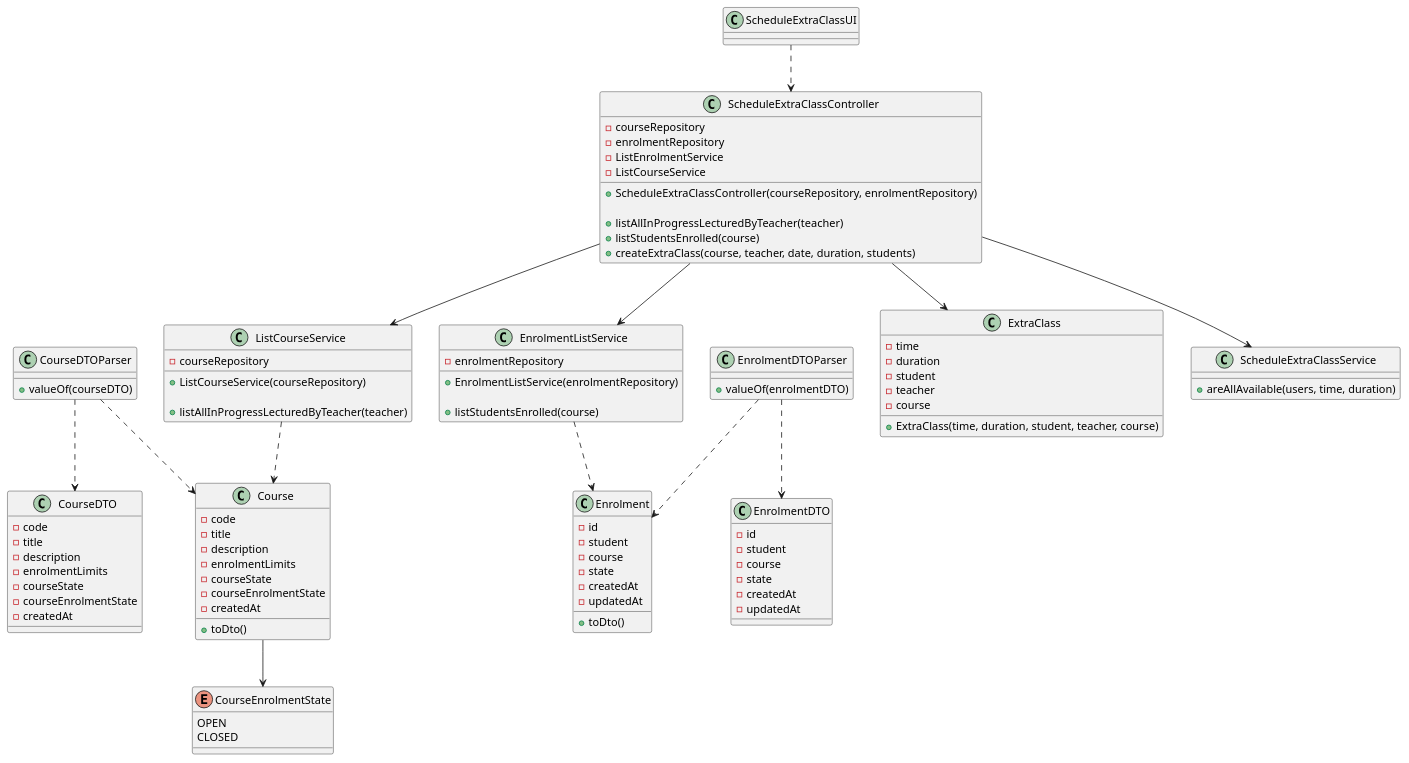
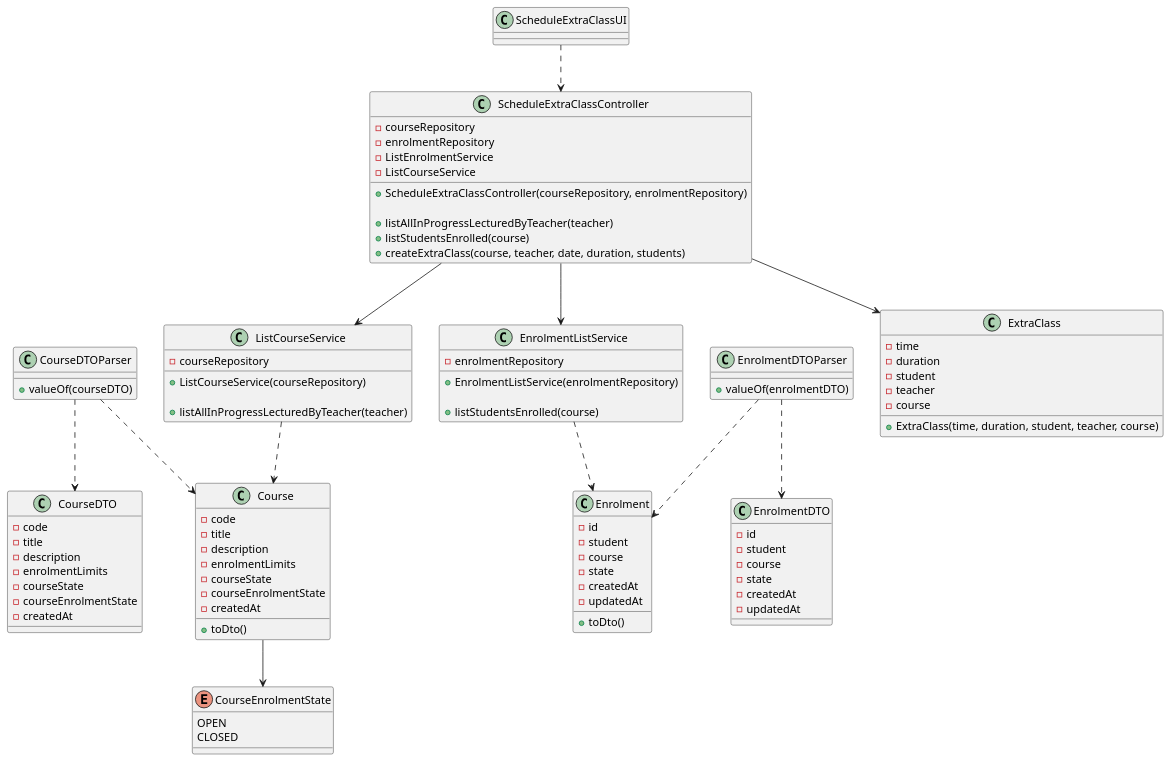
Before and after one commit to miseEnPlace-dev/lapr4: the diagram in docs/sprint-b/us17-1011/US1011_CD.puml, drawn with PlantUML. The commit also changed 7 other files, not shown here.

```diff
--- a/docs/sprint-b/us17-1011/US1011_CD.puml
+++ b/docs/sprint-b/us17-1011/US1011_CD.puml
@@ -1,124 +1,117 @@
 @startuml US1011_CD
 
 class ListCourseService {
   - courseRepository
 
   + ListCourseService(courseRepository)
 
   + listAllInProgressLecturedByTeacher(teacher)
 }
 
 class EnrolmentListService {
   - enrolmentRepository
 
   + EnrolmentListService(enrolmentRepository)
 
   + listStudentsEnrolled(course)
 }
 
 class ScheduleExtraClassUI {}
 
 class ScheduleExtraClassController {
   - courseRepository
   - enrolmentRepository
   - ListEnrolmentService
   - ListCourseService
 
   + ScheduleExtraClassController(courseRepository, enrolmentRepository)
 
   + listAllInProgressLecturedByTeacher(teacher)
   + listStudentsEnrolled(course)
   + createExtraClass(course, teacher, date, duration, students)
 }
 
 class Course {
   - code
   - title
   - description
   - enrolmentLimits
   - courseState
   - courseEnrolmentState
   - createdAt
 
   + toDto()
 }
 
 enum CourseEnrolmentState {
   OPEN
   CLOSED
 }
 
 class CourseDTO {
   - code
   - title
   - description
   - enrolmentLimits
   - courseState
   - courseEnrolmentState
   - createdAt
 }
 
 class CourseDTOParser {
   + valueOf(courseDTO)
 }
 
 class Enrolment{
   - id
   - student
   - course
   - state
   - createdAt
   - updatedAt
 
   + toDto()
 }
 
 class EnrolmentDTO {
   - id
   - student
   - course
   - state
   - createdAt
   - updatedAt
 }
 
 class EnrolmentDTOParser {
   + valueOf(enrolmentDTO)
 }
 
 class ExtraClass {
   - time
   - duration
   - student
   - teacher
   - course
 
   + ExtraClass(time, duration, student, teacher, course)
 }
 
-class ScheduleExtraClassService {
-  + areAllAvailable(users, time, duration)
-}
-
-
-
 ScheduleExtraClassUI ..> ScheduleExtraClassController
 ScheduleExtraClassController --> ListCourseService
 ScheduleExtraClassController --> EnrolmentListService
-ScheduleExtraClassController --> ScheduleExtraClassService
 
 ListCourseService ..> Course
 EnrolmentListService ..> Enrolment
 
 ScheduleExtraClassController --> ExtraClass
 
 
 CourseDTOParser ..> CourseDTO
 CourseDTOParser ..> Course
 
 EnrolmentDTOParser ..> EnrolmentDTO
 EnrolmentDTOParser ..> Enrolment
 
 Course --> CourseEnrolmentState
 
 @enduml
```
